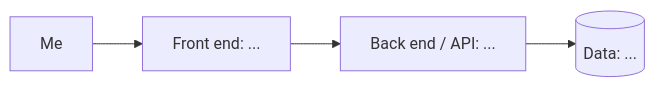
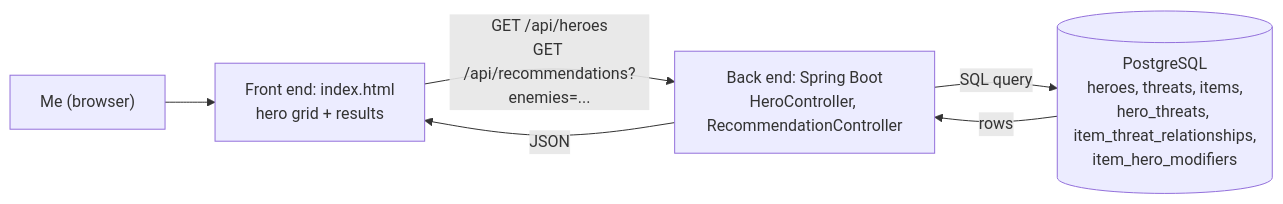
One commit to johansantana201/deadlock-build-advisor changed the diagram in docs/DL Counter-Build Advisor.md. Above: the diagram before and after it, drawn with Mermaid. The commit also changed other lines of this file, not shown here.

````diff
--- a/docs/DL Counter-Build Advisor.md
+++ b/docs/DL Counter-Build Advisor.md
@@ -120,6 +141,8 @@
 ```mermaid
 flowchart LR
-  U["Me"] --> FE["Front end: ..."]
-  FE --> API["Back end / API: ..."]
-  API --> DB[("Data: ...")]
+  U["Me (browser)"] --> FE["Front end: index.html<br/>hero grid + results"]
+  FE -- "GET /api/heroes<br/>GET /api/recommendations?enemies=..." --> API["Back end: Spring Boot<br/>HeroController, RecommendationController"]
+  API -- "SQL query" --> DB[("PostgreSQL<br/>heroes, threats, items,<br/>hero_threats, item_threat_relationships,<br/>item_hero_modifiers")]
+  DB -- "rows" --> API
+  API -- "JSON" --> FE
 ```
````
